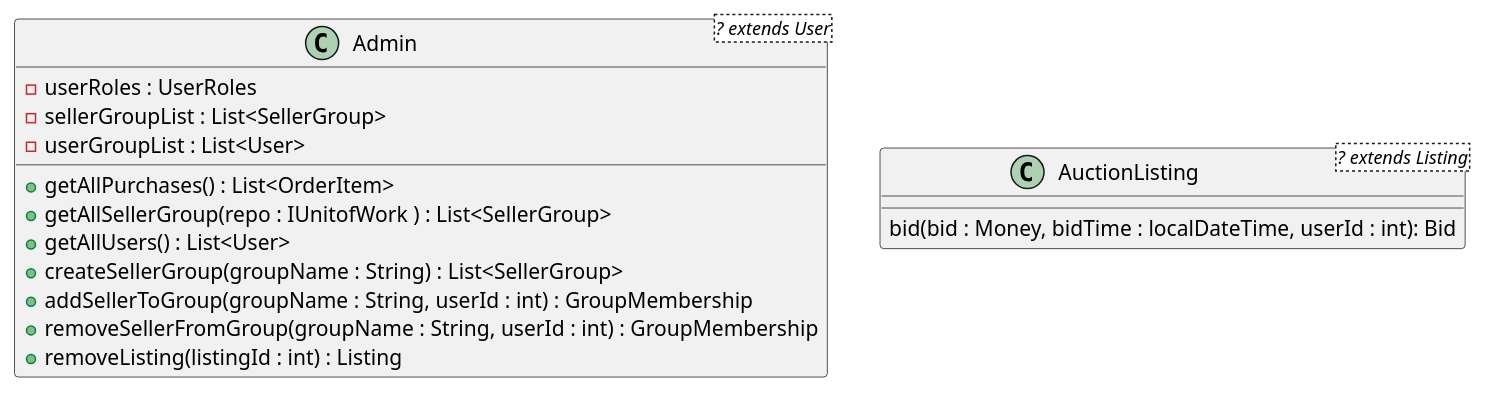
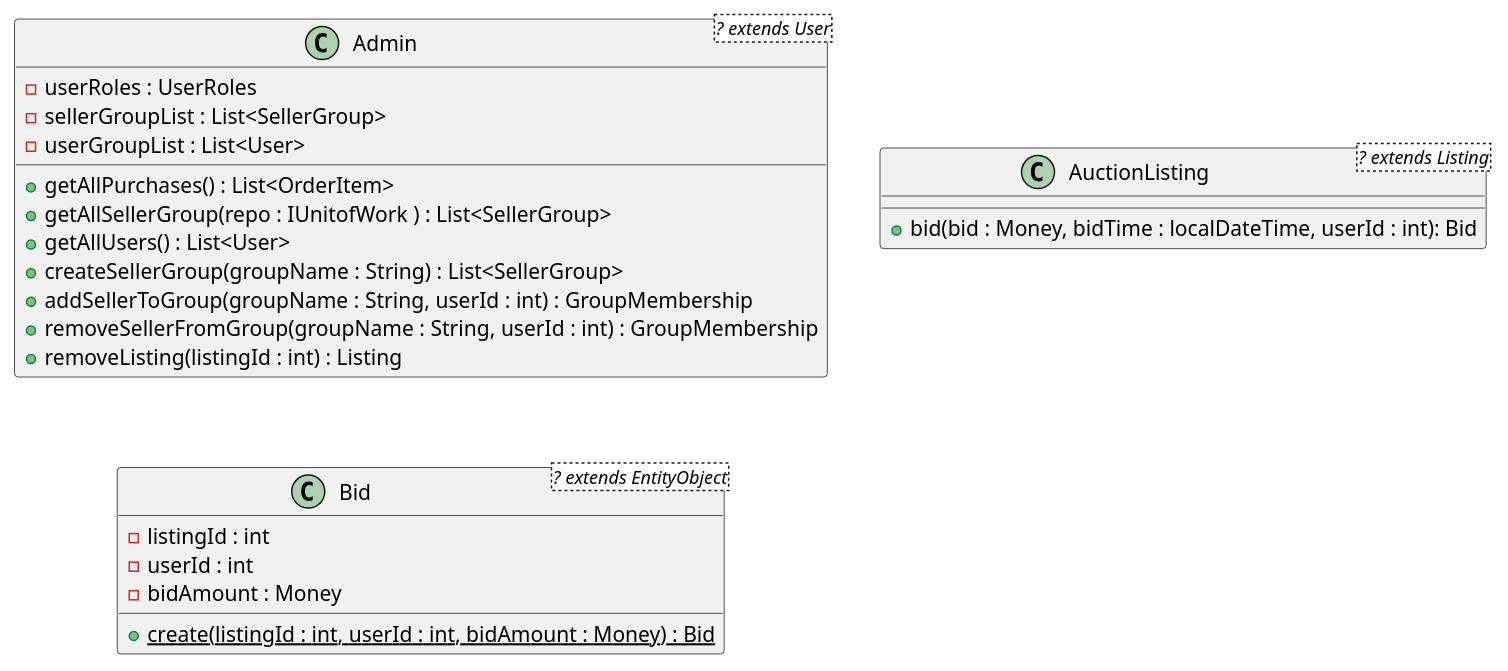
One commit to SWEN900072022/TeamZeroMarketPlaceBackEnd changed the diagram in docs/part3/classDiagram.plantuml. Above: the diagram before and after it, drawn with PlantUML.

Commit message:
added Bid class to class diagram

```diff
--- a/docs/part3/classDiagram.plantuml
+++ b/docs/part3/classDiagram.plantuml
@@ -1,25 +1,32 @@
 @startuml
 
 'Admin class
 class Admin<? extends User> {
     - userRoles : UserRoles
     - sellerGroupList : List<SellerGroup>
     - userGroupList : List<User>
     {method} + getAllPurchases() : List<OrderItem>
     {method} + getAllSellerGroup(repo : IUnitofWork ) : List<SellerGroup>
     {method} + getAllUsers() : List<User>
     {method} + createSellerGroup(groupName : String) : List<SellerGroup>
     {method} + addSellerToGroup(groupName : String, userId : int) : GroupMembership
     {method} + removeSellerFromGroup(groupName : String, userId : int) : GroupMembership
     {method} + removeListing(listingId : int) : Listing
 }
 'AuctionListing class
 class AuctionListing<? extends Listing> {
-    {method} bid(bid : Money, bidTime : localDateTime, userId : int): Bid
+    {method} + bid(bid : Money, bidTime : localDateTime, userId : int): Bid
 }
 'Bid Class
+class Bid<? extends EntityObject> {
+    - listingId : int
+    - userId : int
+    - bidAmount : Money
+    {method} {static} + create(listingId : int, userId : int, bidAmount : Money) : Bid
+
+}
 'Customer Class
 'Filter Class
 'FixedPriceListing Class
 '
 @enduml
```
